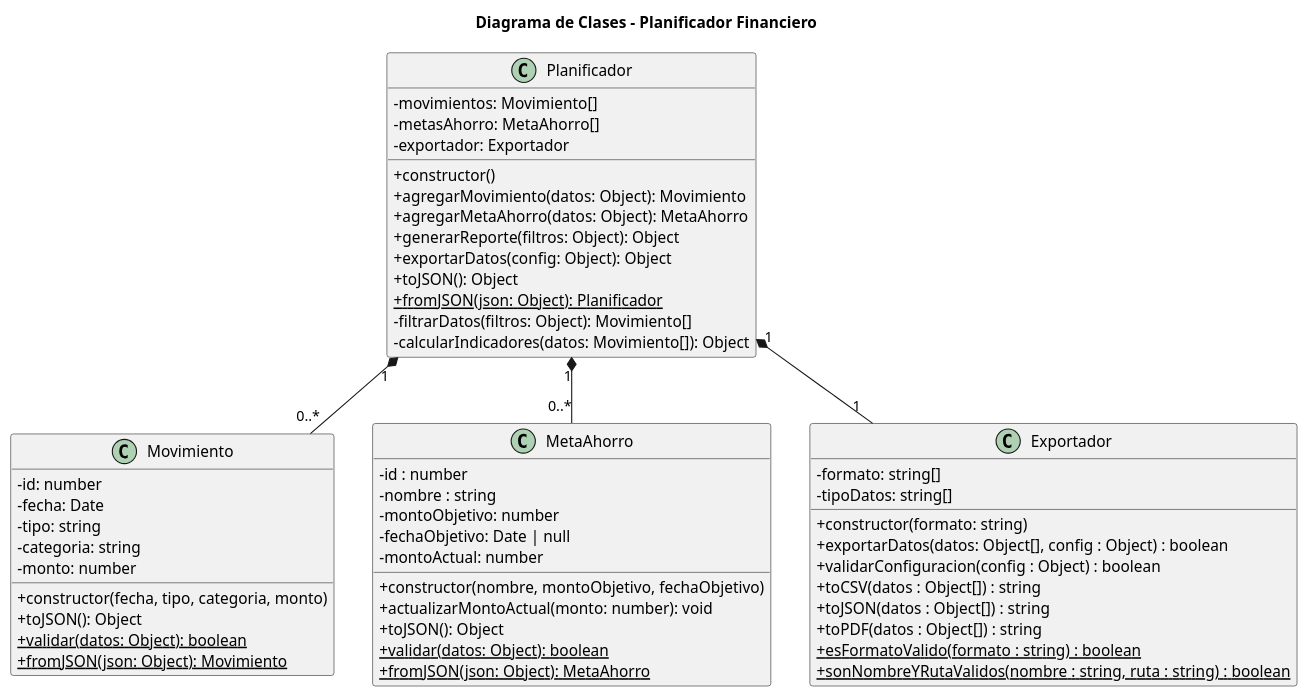
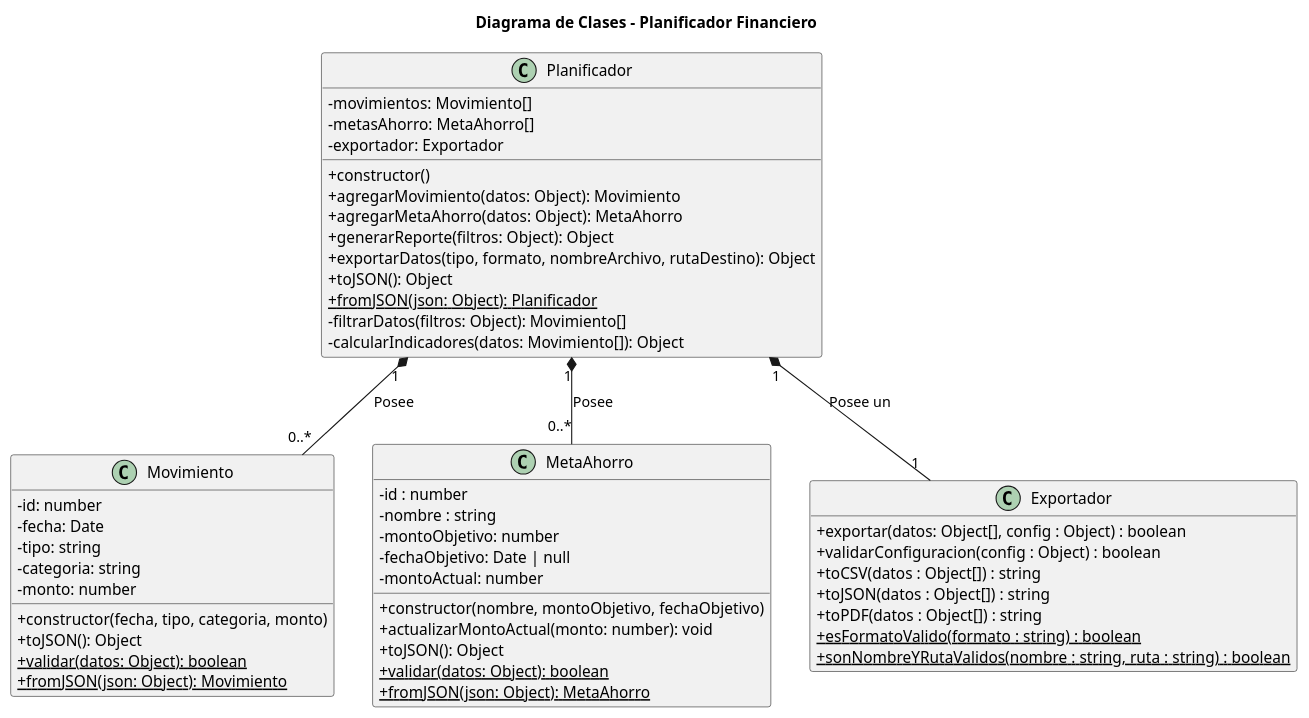
The diagram in docs/04-diagramas/02-diagrama-de-clases/diagramas-clases.puml (fioremos/simulador-planificacion-financiera), drawn with PlantUML before and after one commit. The commit also changed 5 other files, not shown here.

Commit message:
Corrijo código de las clases y actualizo diagrama y documentación

```diff
--- a/docs/04-diagramas/02-diagrama-de-clases/diagramas-clases.puml
+++ b/docs/04-diagramas/02-diagrama-de-clases/diagramas-clases.puml
@@ -1,74 +1,71 @@
 @startuml DiagramaClasesPlanificadorFinanciero
 skinparam classAttributeIconSize 0
 hide empty members
 title Diagrama de Clases - Planificador Financiero
 
 ' --- Clases de Dominio (Modelos) ---
 
 class Movimiento {
   - id: number
   - fecha: Date
   - tipo: string
   - categoria: string
   - monto: number
   + constructor(fecha, tipo, categoria, monto)
   + toJSON(): Object
   + {static} validar(datos: Object): boolean
   + {static} fromJSON(json: Object): Movimiento
 }
 class MetaAhorro {
     - id : number
     - nombre : string
     - montoObjetivo: number
     - fechaObjetivo: Date | null
     - montoActual: number
     + constructor(nombre, montoObjetivo, fechaObjetivo)
     + actualizarMontoActual(monto: number): void
     + toJSON(): Object
     + {static} validar(datos: Object): boolean
     + {static} fromJSON(json: Object): MetaAhorro
 }
 class Exportador {
-    - formato: string[]
-    - tipoDatos: string[]
-    + constructor(formato: string)
-    + exportarDatos(datos: Object[], config : Object) : boolean
+    + exportar(datos: Object[], config : Object) : boolean
     + validarConfiguracion(config : Object) : boolean
     + toCSV(datos : Object[]) : string
     + toJSON(datos : Object[]) : string
     + toPDF(datos : Object[]) : string
     + {static} esFormatoValido(formato : string) : boolean
     + {static} sonNombreYRutaValidos(nombre : string, ruta : string) : boolean
 }
 
 ' --- Clase de Lógica de Negocio (Controlador) ---
 class Planificador{
     - movimientos: Movimiento[]
     - metasAhorro: MetaAhorro[]
     - exportador: Exportador
     + constructor()
     + agregarMovimiento(datos: Object): Movimiento
     + agregarMetaAhorro(datos: Object): MetaAhorro
     + generarReporte(filtros: Object): Object
-    + exportarDatos(config: Object): Object
+    + exportarDatos(tipo, formato, nombreArchivo, rutaDestino): Object
     + toJSON(): Object
     + {static} fromJSON(json: Object): Planificador
     - filtrarDatos(filtros: Object): Movimiento[]
     - calcularIndicadores(datos: Movimiento[]): Object
 }
 ' --- Relaciones ---
 
 ' Relación de Composición:
 ' Un Planificador "posee" una colección de 0 o más Movimientos.
 ' Si se destruye el Planificador, la colección de movimientos también.
-Planificador "1" *-- "0..*" Movimiento 
+Planificador "1" *-- "0..*" Movimiento : Posee
 
 ' Relación de Composición:
 ' Un Planificador "posee" una colección de 0 o más Metas.
-Planificador "1" *-- "0..*" MetaAhorro 
+Planificador "1" *-- "0..*" MetaAhorro : Posee
 
 ' Relación de Composicion:
 ' El planificador utiliza un exportador para manejar la exportación de datos.
-Planificador "1" *-- "1" Exportador 
+Planificador "1" *-- "1" Exportador : Posee un
 
 @enduml
```
